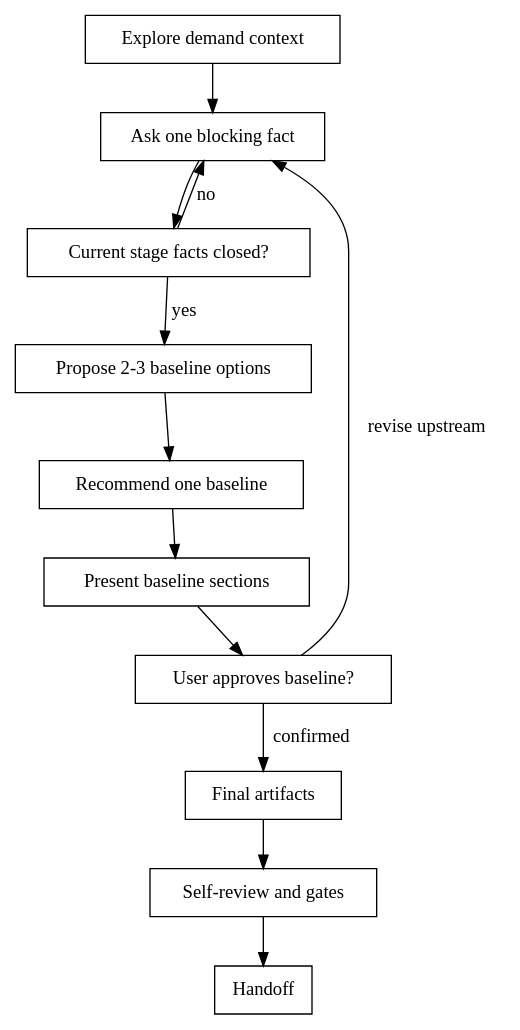
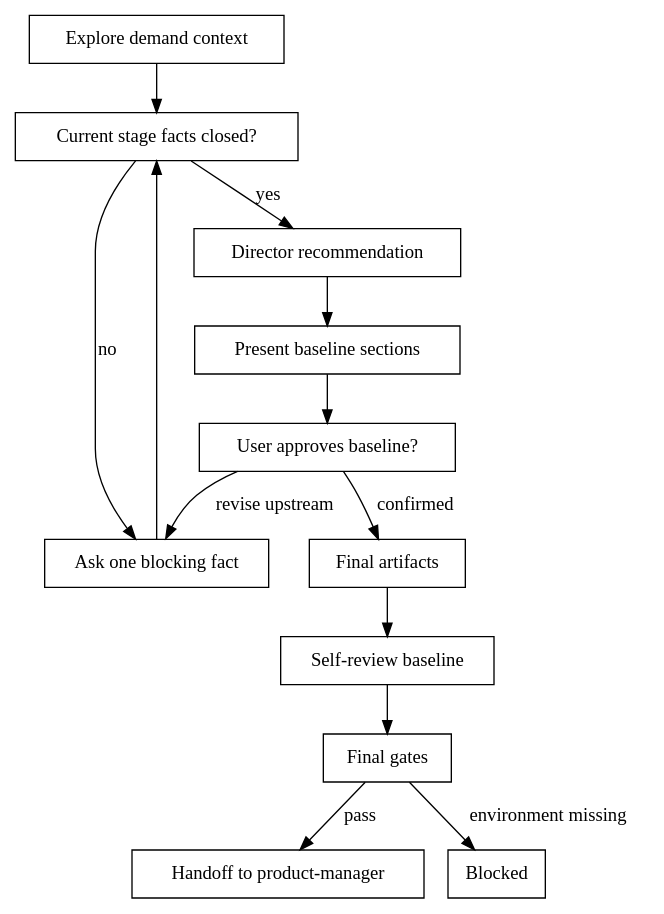
One commit to jieli-cqwl/org-claude-skills changed the diagram in shared/skills/product-director/SKILL.md. Above: the diagram before and after it, drawn with Graphviz. The commit also changed other lines of this file and 498 other files, not shown here.

````diff
--- a/shared/skills/product-director/SKILL.md
+++ b/shared/skills/product-director/SKILL.md
@@ -77,17 +76,18 @@
 ```dot
 digraph product_director_flow {
   rankdir=TB;
   node [shape=box];
-  "Explore demand context" -> "Ask one blocking fact";
+  "Explore demand context" -> "Current stage facts closed?";
   "Ask one blocking fact" -> "Current stage facts closed?";
   "Current stage facts closed?" -> "Ask one blocking fact" [label="no"];
-  "Current stage facts closed?" -> "Propose 2-3 baseline options" [label="yes"];
-  "Propose 2-3 baseline options" -> "Recommend one baseline";
-  "Recommend one baseline" -> "Present baseline sections";
+  "Current stage facts closed?" -> "Director recommendation" [label="yes"];
+  "Director recommendation" -> "Present baseline sections";
   "Present baseline sections" -> "User approves baseline?";
   "User approves baseline?" -> "Ask one blocking fact" [label="revise upstream"];
   "User approves baseline?" -> "Final artifacts" [label="confirmed"];
-  "Final artifacts" -> "Self-review and gates";
-  "Self-review and gates" -> "Handoff";
+  "Final artifacts" -> "Self-review baseline";
+  "Self-review baseline" -> "Final gates";
+  "Final gates" -> "Handoff to product-manager" [label="pass"];
+  "Final gates" -> "Blocked" [label="environment missing"];
 }
 ```
````
